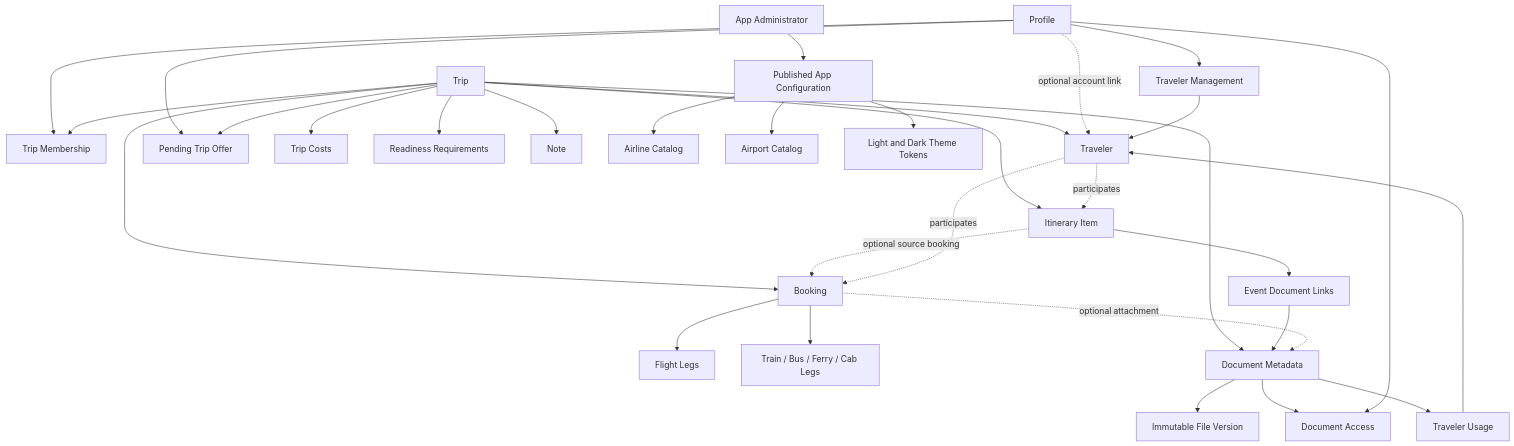
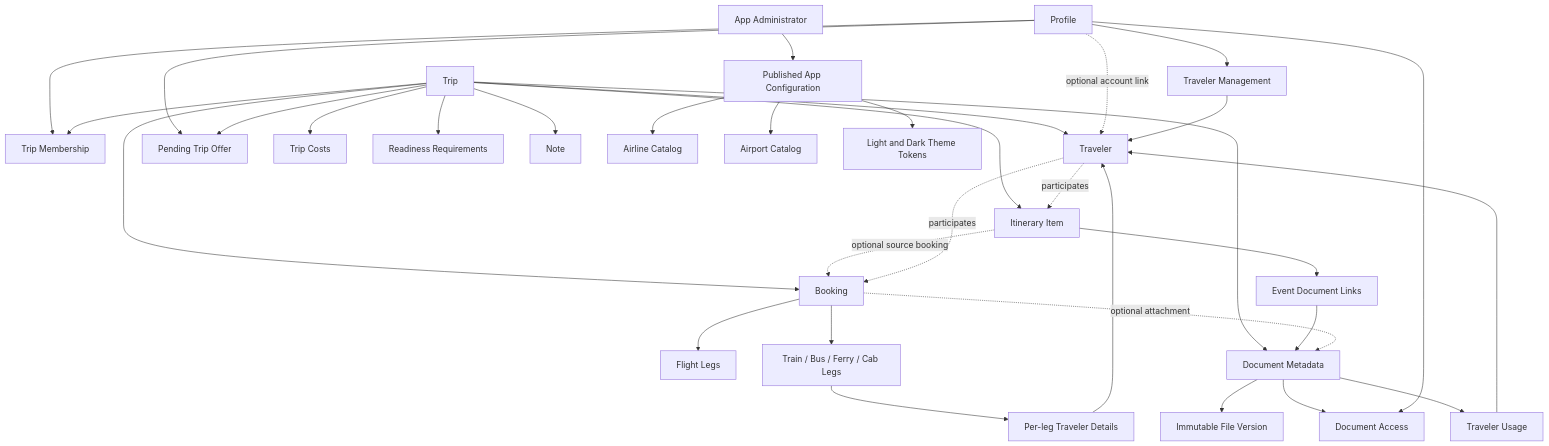
One commit to shantanu1258/trip-vault changed the second of 4 diagrams in docs/HIGH_LEVEL_DESIGN.md. Above: the diagram before and after it, drawn with Mermaid. The commit also changed other lines of this file and 87 other files, not shown here.

````diff
--- a/docs/HIGH_LEVEL_DESIGN.md
+++ b/docs/HIGH_LEVEL_DESIGN.md
@@ -182,34 +190,36 @@
 ```mermaid
 flowchart TD
     PROFILE[Profile] --> MEMBER[Trip Membership]
     TRIP[Trip] --> MEMBER
     TRIP --> TRAVELER[Traveler]
     PROFILE -. optional account link .-> TRAVELER
     PROFILE --> OFFER[Pending Trip Offer]
     TRIP --> OFFER
     PROFILE --> MANAGER[Traveler Management]
     MANAGER --> TRAVELER
     TRIP --> BOOKING[Booking]
     TRIP --> ITEM[Itinerary Item]
     BOOKING --> FLIGHT[Flight Legs]
     BOOKING --> JOURNEY[Train / Bus / Ferry / Cab Legs]
+    JOURNEY --> JOURNEY_TRAVELER[Per-leg Traveler Details]
+    JOURNEY_TRAVELER --> TRAVELER
     TRIP --> COST[Trip Costs]
     TRIP --> REQUIREMENT[Readiness Requirements]
     TRIP --> NOTE[Note]
     TRIP --> DOCUMENT[Document Metadata]
     DOCUMENT --> VERSION[Immutable File Version]
     DOCUMENT --> ACCESS[Document Access]
     DOCUMENT --> ASSIGNMENT[Traveler Usage]
     ASSIGNMENT --> TRAVELER
     ITEM --> ITEM_DOCUMENT[Event Document Links]
     ITEM_DOCUMENT --> DOCUMENT
     PROFILE --> ACCESS
     BOOKING -. optional attachment .-> DOCUMENT
     ITEM -. optional source booking .-> BOOKING
     TRAVELER -. participates .-> BOOKING
     TRAVELER -. participates .-> ITEM
     ADMIN[App Administrator] --> CONFIG[Published App Configuration]
     CONFIG --> AIRLINE[Airline Catalog]
     CONFIG --> AIRPORT[Airport Catalog]
     CONFIG --> THEME[Light and Dark Theme Tokens]
 ```
````
